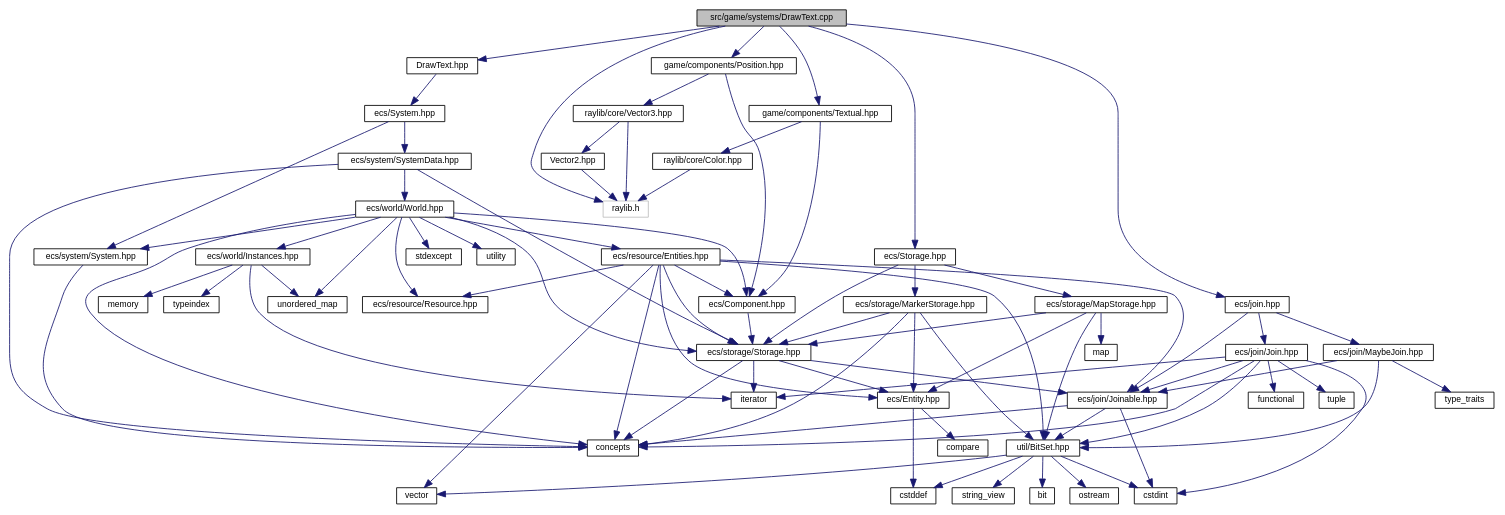
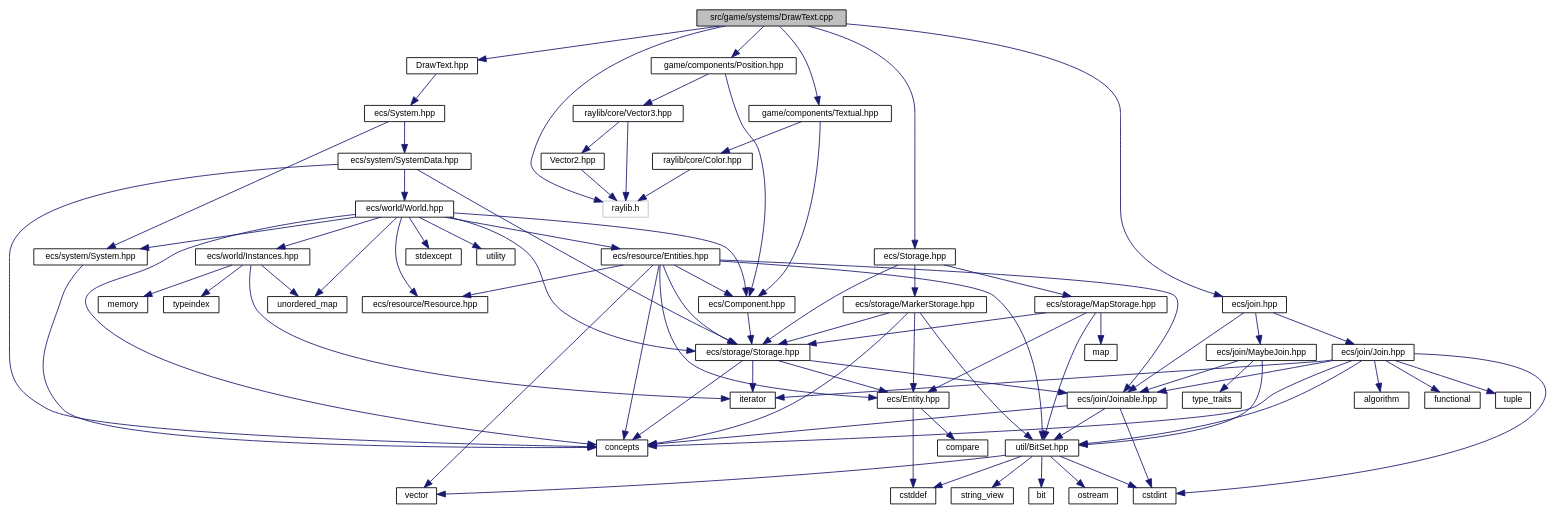
The diagram in _draw_text_8cpp__incl.dot (MisterPeModder/Bomberman-Global-Offensive), drawn with Graphviz before and after one commit. The commit also changed 9 other files, not shown here.

Commit message:
Deploying to gh-pages from @ MisterPeModder/Bomberman-Global-Offensive@19838c28f0ca80bac25bb30fcfb9eb70599cbd6f 🚀

```diff
--- a/_draw_text_8cpp__incl.dot
+++ b/_draw_text_8cpp__incl.dot
@@ -99,35 +99,37 @@
   Node34 [label="ecs/join/Join.hpp",height=0.2,width=0.4,color="black", fillcolor="white", style="filled",URL="$join_2_join_8hpp.html",tooltip=" "];
   Node34 -> Node11 [color="midnightblue",fontsize="10",style="solid",fontname="Helvetica"];
   Node34 -> Node12 [color="midnightblue",fontsize="10",style="solid",fontname="Helvetica"];
+  Node34 -> Node35 [color="midnightblue",fontsize="10",style="solid",fontname="Helvetica"];
+  Node35 [label="algorithm",height=0.2,width=0.4,color="black", fillcolor="white", style="filled",URL="/home/runner/work/Bomberman-Global-Offensive/Bomberman-Global-Offensive/doc/external/cppreference-doxygen-web.tag.xml$cpp/header/algorithm.html",tooltip=" "];
   Node34 -> Node5 [color="midnightblue",fontsize="10",style="solid",fontname="Helvetica"];
   Node34 -> Node14 [color="midnightblue",fontsize="10",style="solid",fontname="Helvetica"];
-  Node34 -> Node35 [color="midnightblue",fontsize="10",style="solid",fontname="Helvetica"];
-  Node35 [label="functional",height=0.2,width=0.4,color="black", fillcolor="white", style="filled",URL="/home/runner/work/Bomberman-Global-Offensive/Bomberman-Global-Offensive/doc/external/cppreference-doxygen-web.tag.xml$cpp/header/functional.html",tooltip=" "];
+  Node34 -> Node36 [color="midnightblue",fontsize="10",style="solid",fontname="Helvetica"];
+  Node36 [label="functional",height=0.2,width=0.4,color="black", fillcolor="white", style="filled",URL="/home/runner/work/Bomberman-Global-Offensive/Bomberman-Global-Offensive/doc/external/cppreference-doxygen-web.tag.xml$cpp/header/functional.html",tooltip=" "];
   Node34 -> Node18 [color="midnightblue",fontsize="10",style="solid",fontname="Helvetica"];
-  Node34 -> Node36 [color="midnightblue",fontsize="10",style="solid",fontname="Helvetica"];
-  Node36 [label="tuple",height=0.2,width=0.4,color="black", fillcolor="white", style="filled",URL="/home/runner/work/Bomberman-Global-Offensive/Bomberman-Global-Offensive/doc/external/cppreference-doxygen-web.tag.xml$cpp/header/tuple.html",tooltip=" "];
+  Node34 -> Node37 [color="midnightblue",fontsize="10",style="solid",fontname="Helvetica"];
+  Node37 [label="tuple",height=0.2,width=0.4,color="black", fillcolor="white", style="filled",URL="/home/runner/work/Bomberman-Global-Offensive/Bomberman-Global-Offensive/doc/external/cppreference-doxygen-web.tag.xml$cpp/header/tuple.html",tooltip=" "];
   Node33 -> Node11 [color="midnightblue",fontsize="10",style="solid",fontname="Helvetica"];
-  Node33 -> Node37 [color="midnightblue",fontsize="10",style="solid",fontname="Helvetica"];
-  Node37 [label="ecs/join/MaybeJoin.hpp",height=0.2,width=0.4,color="black", fillcolor="white", style="filled",URL="$_maybe_join_8hpp.html",tooltip=" "];
-  Node37 -> Node11 [color="midnightblue",fontsize="10",style="solid",fontname="Helvetica"];
-  Node37 -> Node12 [color="midnightblue",fontsize="10",style="solid",fontname="Helvetica"];
-  Node37 -> Node38 [color="midnightblue",fontsize="10",style="solid",fontname="Helvetica"];
-  Node38 [label="type_traits",height=0.2,width=0.4,color="black", fillcolor="white", style="filled",URL="/home/runner/work/Bomberman-Global-Offensive/Bomberman-Global-Offensive/doc/external/cppreference-doxygen-web.tag.xml$cpp/header/type_traits.html",tooltip=" "];
-  Node1 -> Node39 [color="midnightblue",fontsize="10",style="solid",fontname="Helvetica"];
-  Node39 [label="game/components/Position.hpp",height=0.2,width=0.4,color="black", fillcolor="white", style="filled",URL="$_position_8hpp.html",tooltip=" "];
-  Node39 -> Node20 [color="midnightblue",fontsize="10",style="solid",fontname="Helvetica"];
-  Node39 -> Node40 [color="midnightblue",fontsize="10",style="solid",fontname="Helvetica"];
-  Node40 [label="raylib/core/Vector3.hpp",height=0.2,width=0.4,color="black", fillcolor="white", style="filled",URL="$_vector3_8hpp.html",tooltip=" "];
+  Node33 -> Node38 [color="midnightblue",fontsize="10",style="solid",fontname="Helvetica"];
+  Node38 [label="ecs/join/MaybeJoin.hpp",height=0.2,width=0.4,color="black", fillcolor="white", style="filled",URL="$_maybe_join_8hpp.html",tooltip=" "];
+  Node38 -> Node11 [color="midnightblue",fontsize="10",style="solid",fontname="Helvetica"];
+  Node38 -> Node12 [color="midnightblue",fontsize="10",style="solid",fontname="Helvetica"];
+  Node38 -> Node39 [color="midnightblue",fontsize="10",style="solid",fontname="Helvetica"];
+  Node39 [label="type_traits",height=0.2,width=0.4,color="black", fillcolor="white", style="filled",URL="/home/runner/work/Bomberman-Global-Offensive/Bomberman-Global-Offensive/doc/external/cppreference-doxygen-web.tag.xml$cpp/header/type_traits.html",tooltip=" "];
+  Node1 -> Node40 [color="midnightblue",fontsize="10",style="solid",fontname="Helvetica"];
+  Node40 [label="game/components/Position.hpp",height=0.2,width=0.4,color="black", fillcolor="white", style="filled",URL="$_position_8hpp.html",tooltip=" "];
+  Node40 -> Node20 [color="midnightblue",fontsize="10",style="solid",fontname="Helvetica"];
   Node40 -> Node41 [color="midnightblue",fontsize="10",style="solid",fontname="Helvetica"];
-  Node41 [label="Vector2.hpp",height=0.2,width=0.4,color="black", fillcolor="white", style="filled",URL="$_vector2_8hpp.html",tooltip=" "];
+  Node41 [label="raylib/core/Vector3.hpp",height=0.2,width=0.4,color="black", fillcolor="white", style="filled",URL="$_vector3_8hpp.html",tooltip=" "];
   Node41 -> Node42 [color="midnightblue",fontsize="10",style="solid",fontname="Helvetica"];
-  Node42 [label="raylib.h",height=0.2,width=0.4,color="grey75", fillcolor="white", style="filled",tooltip=" "];
-  Node40 -> Node42 [color="midnightblue",fontsize="10",style="solid",fontname="Helvetica"];
+  Node42 [label="Vector2.hpp",height=0.2,width=0.4,color="black", fillcolor="white", style="filled",URL="$_vector2_8hpp.html",tooltip=" "];
+  Node42 -> Node43 [color="midnightblue",fontsize="10",style="solid",fontname="Helvetica"];
+  Node43 [label="raylib.h",height=0.2,width=0.4,color="grey75", fillcolor="white", style="filled",tooltip=" "];
+  Node41 -> Node43 [color="midnightblue",fontsize="10",style="solid",fontname="Helvetica"];
+  Node1 -> Node44 [color="midnightblue",fontsize="10",style="solid",fontname="Helvetica"];
+  Node44 [label="game/components/Textual.hpp",height=0.2,width=0.4,color="black", fillcolor="white", style="filled",URL="$_textual_8hpp.html",tooltip=" "];
+  Node44 -> Node20 [color="midnightblue",fontsize="10",style="solid",fontname="Helvetica"];
+  Node44 -> Node45 [color="midnightblue",fontsize="10",style="solid",fontname="Helvetica"];
+  Node45 [label="raylib/core/Color.hpp",height=0.2,width=0.4,color="black", fillcolor="white", style="filled",URL="$_color_8hpp.html",tooltip=" "];
+  Node45 -> Node43 [color="midnightblue",fontsize="10",style="solid",fontname="Helvetica"];
   Node1 -> Node43 [color="midnightblue",fontsize="10",style="solid",fontname="Helvetica"];
-  Node43 [label="game/components/Textual.hpp",height=0.2,width=0.4,color="black", fillcolor="white", style="filled",URL="$_textual_8hpp.html",tooltip=" "];
-  Node43 -> Node20 [color="midnightblue",fontsize="10",style="solid",fontname="Helvetica"];
-  Node43 -> Node44 [color="midnightblue",fontsize="10",style="solid",fontname="Helvetica"];
-  Node44 [label="raylib/core/Color.hpp",height=0.2,width=0.4,color="black", fillcolor="white", style="filled",URL="$_color_8hpp.html",tooltip=" "];
-  Node44 -> Node42 [color="midnightblue",fontsize="10",style="solid",fontname="Helvetica"];
-  Node1 -> Node42 [color="midnightblue",fontsize="10",style="solid",fontname="Helvetica"];
 }
```
